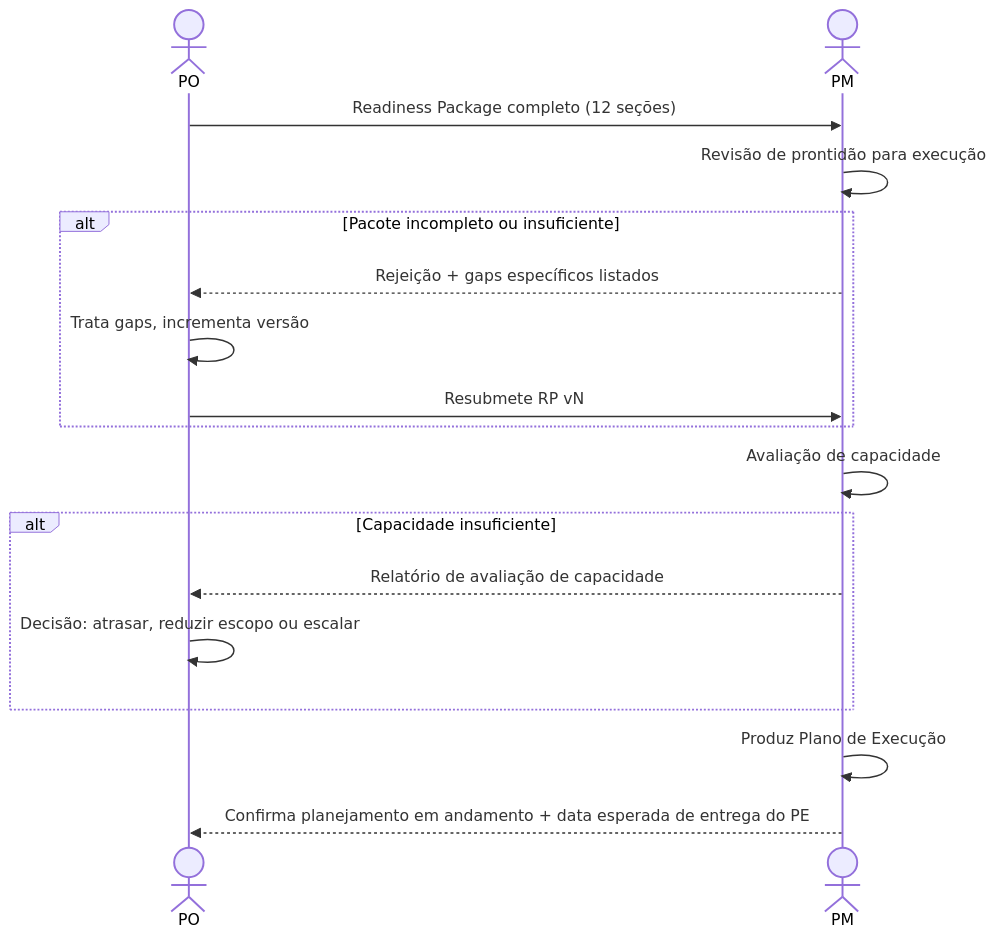
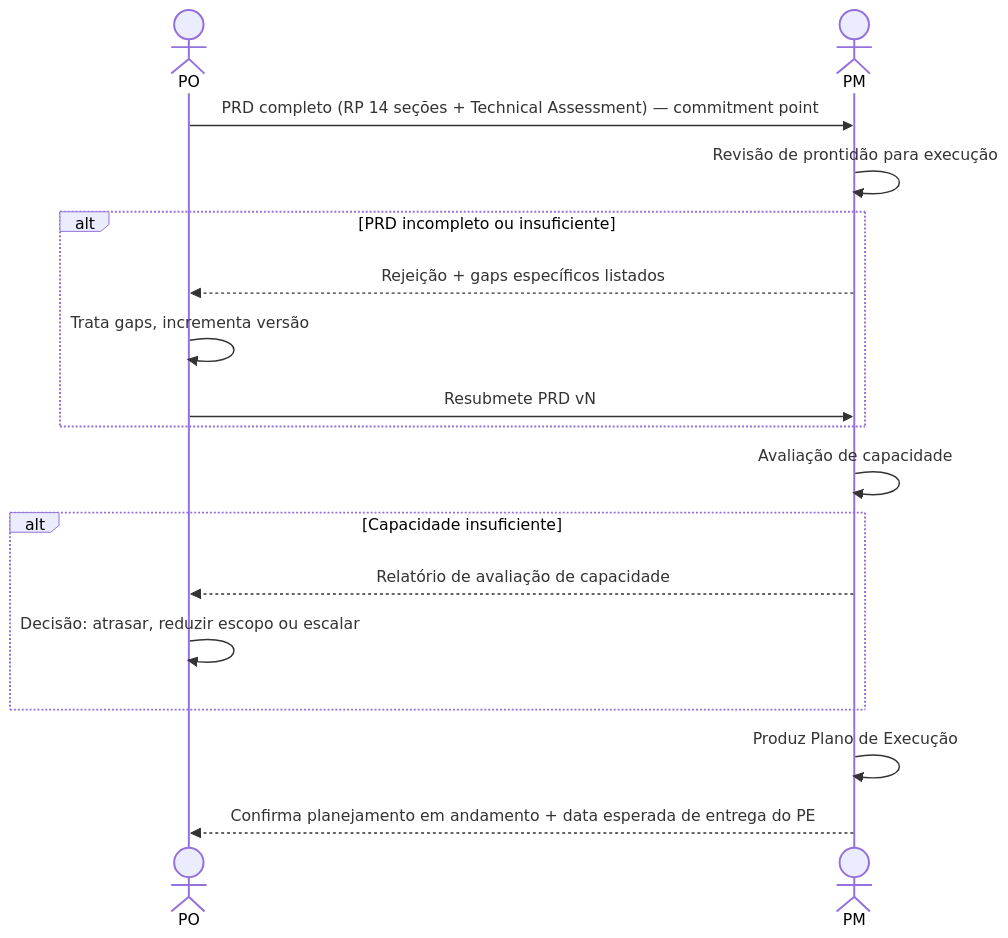
Before and after one commit to hugo-hsbtech/teamwork-process: the diagram in interactions/07-po-to-pm.md, drawn with Mermaid. The commit also changed other lines of this file and 15 other files, not shown here.

First line of the commit message:
docs: alinha modelo ao commitment point (RP→PRD) e separa Technical Assessment (#2)

````diff
--- a/interactions/07-po-to-pm.md
+++ b/interactions/07-po-to-pm.md
@@ -62,23 +62,23 @@
 ```mermaid
 sequenceDiagram
     actor PO as PO
     actor PM as PM
 
-    PO->>PM: Readiness Package completo (12 seções)
+    PO->>PM: PRD completo (RP 14 seções + Technical Assessment) — commitment point
     PM->>PM: Revisão de prontidão para execução
 
-    alt Pacote incompleto ou insuficiente
+    alt PRD incompleto ou insuficiente
         PM-->>PO: Rejeição + gaps específicos listados
         PO->>PO: Trata gaps, incrementa versão
-        PO->>PM: Resubmete RP vN
+        PO->>PM: Resubmete PRD vN
     end
 
     PM->>PM: Avaliação de capacidade
     alt Capacidade insuficiente
         PM-->>PO: Relatório de avaliação de capacidade
         PO->>PO: Decisão: atrasar, reduzir escopo ou escalar
     end
 
     PM->>PM: Produz Plano de Execução
     PM-->>PO: Confirma planejamento em andamento + data esperada de entrega do PE
 ```
````
